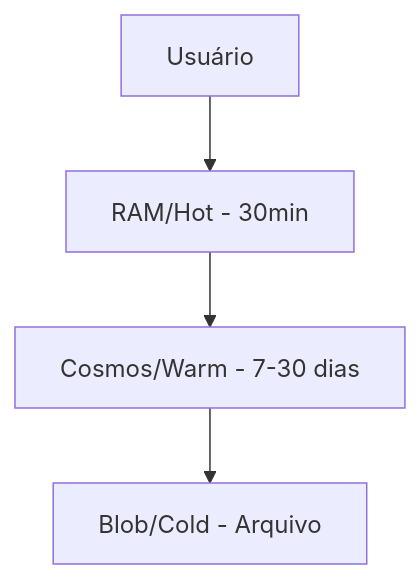
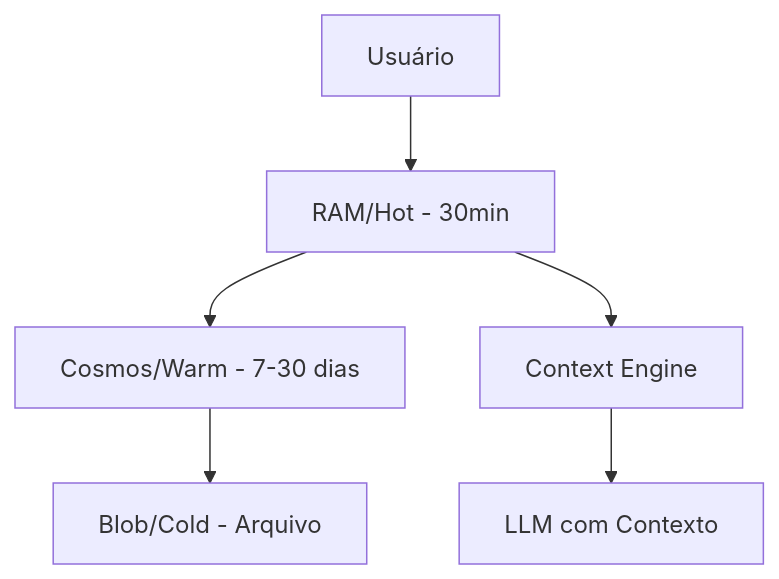
The diagram in README.md (AndrePaivaWfinance/bot-core-wf), drawn with Mermaid before and after one commit. The commit also changed other lines of this file and 18 other files, not shown here.

````diff
--- a/README.md
+++ b/README.md
@@ -37,6 +48,8 @@
 ```mermaid
 graph TD
     A[Usuário] --> B[RAM/Hot - 30min]
     B --> C[Cosmos/Warm - 7-30 dias]
     C --> D[Blob/Cold - Arquivo]
+    B --> E[Context Engine]
+    E --> F[LLM com Contexto]
 ```
````
